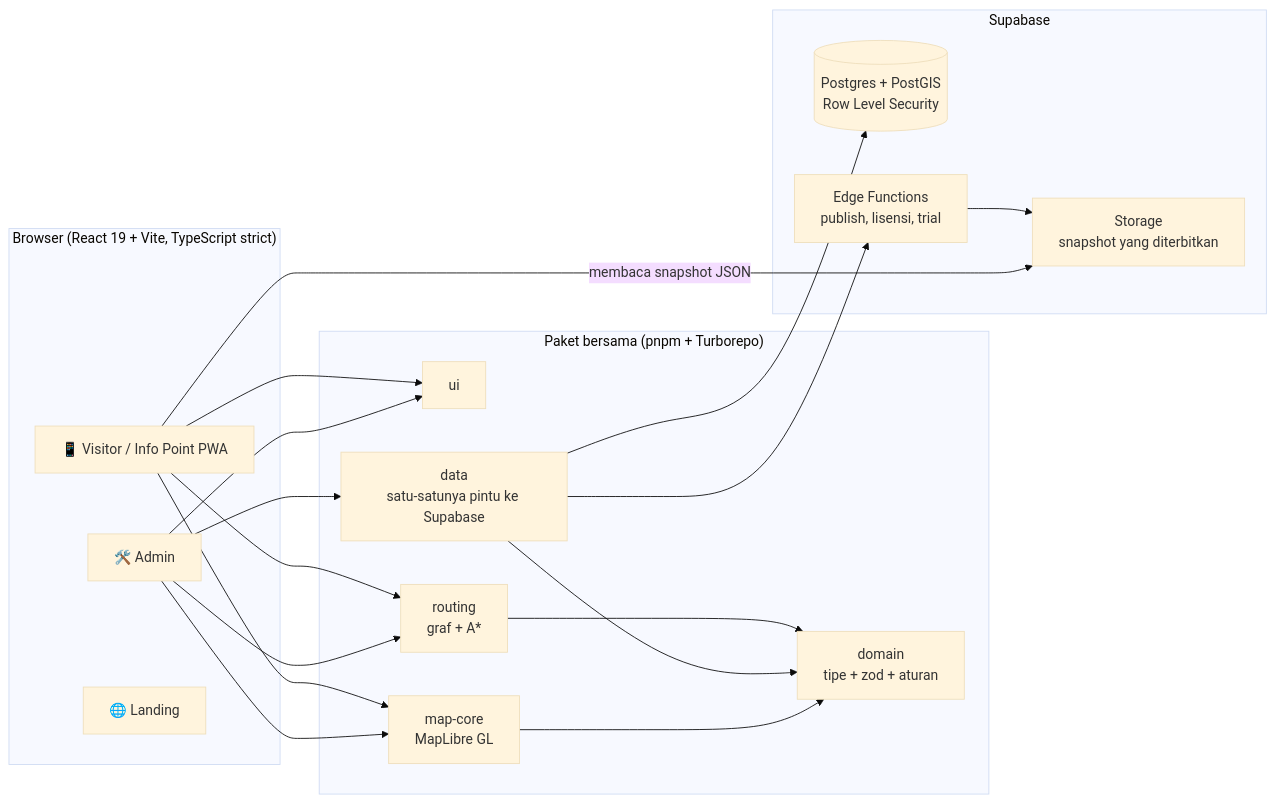
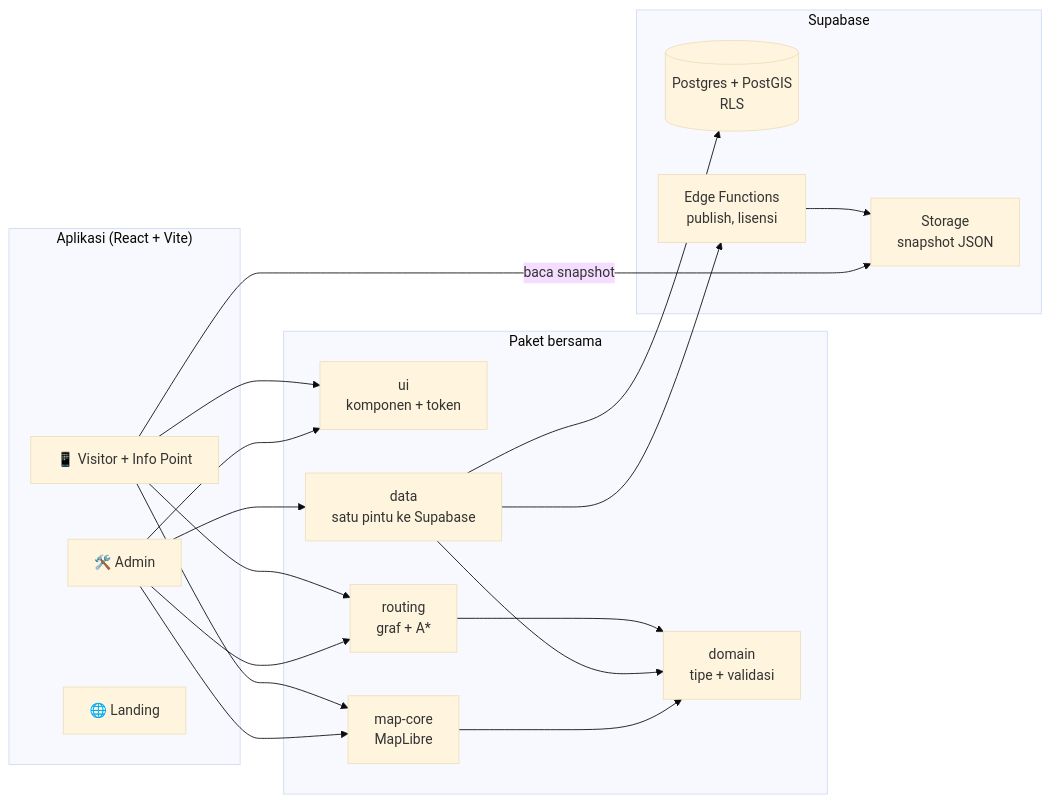
The first of 2 diagrams in README.md (devaldicaliesta/indoor-map), drawn with Mermaid (base theme) before and after one commit. The commit also changed other lines of this file and 1 other file, not shown here.

````diff
--- a/README.md
+++ b/README.md
@@ -75,29 +68,29 @@
 ```mermaid
 flowchart LR
-    subgraph Browser["Browser (React 19 + Vite, TypeScript strict)"]
+    subgraph Apps["Aplikasi (React + Vite)"]
         A[🛠️ Admin]
-        V[📱 Visitor / Info Point PWA]
+        V[📱 Visitor + Info Point]
         L[🌐 Landing]
     end
 
-    subgraph Pkg["Paket bersama (pnpm + Turborepo)"]
-        UI[ui]
-        MC[map-core<br/>MapLibre GL]
-        D[data<br/>satu-satunya pintu ke Supabase]
+    subgraph Pkg["Paket bersama"]
+        UI[ui<br/>komponen + token]
+        MC[map-core<br/>MapLibre]
+        D[data<br/>satu pintu ke Supabase]
         R[routing<br/>graf + A*]
-        DM[domain<br/>tipe + zod + aturan]
+        DM[domain<br/>tipe + validasi]
     end
 
     subgraph SB["Supabase"]
-        PG[(Postgres + PostGIS<br/>Row Level Security)]
-        ST[Storage<br/>snapshot yang diterbitkan]
-        EF[Edge Functions<br/>publish, lisensi, trial]
+        PG[(Postgres + PostGIS<br/>RLS)]
+        ST[Storage<br/>snapshot JSON]
+        EF[Edge Functions<br/>publish, lisensi]
     end
 
     A --> UI & MC & D & R
     V --> UI & MC & R
-    V -- membaca snapshot JSON --> ST
+    V -- baca snapshot --> ST
     D --> PG & EF
     MC & D & R --> DM
     EF --> ST
 ```
````
